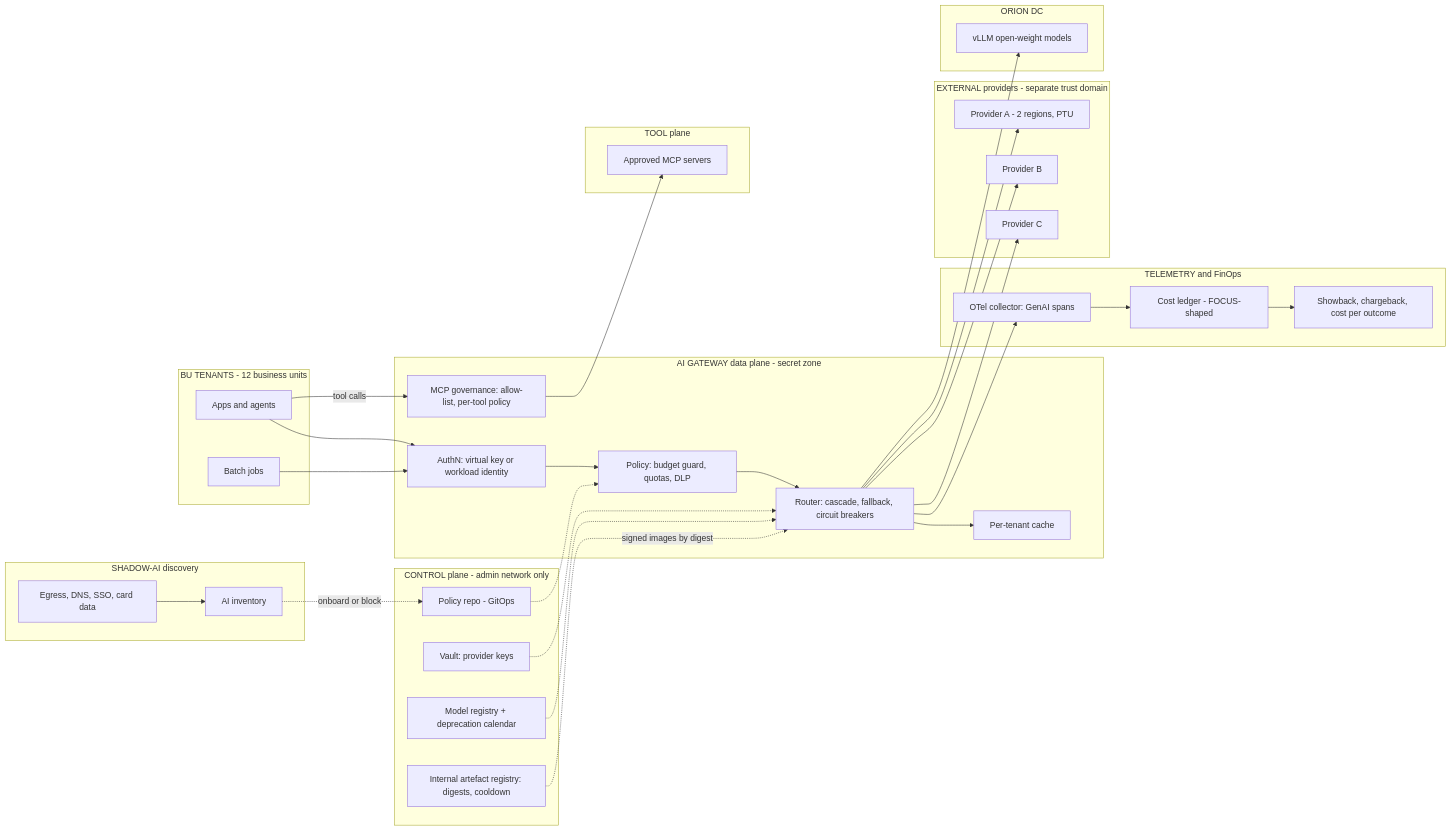
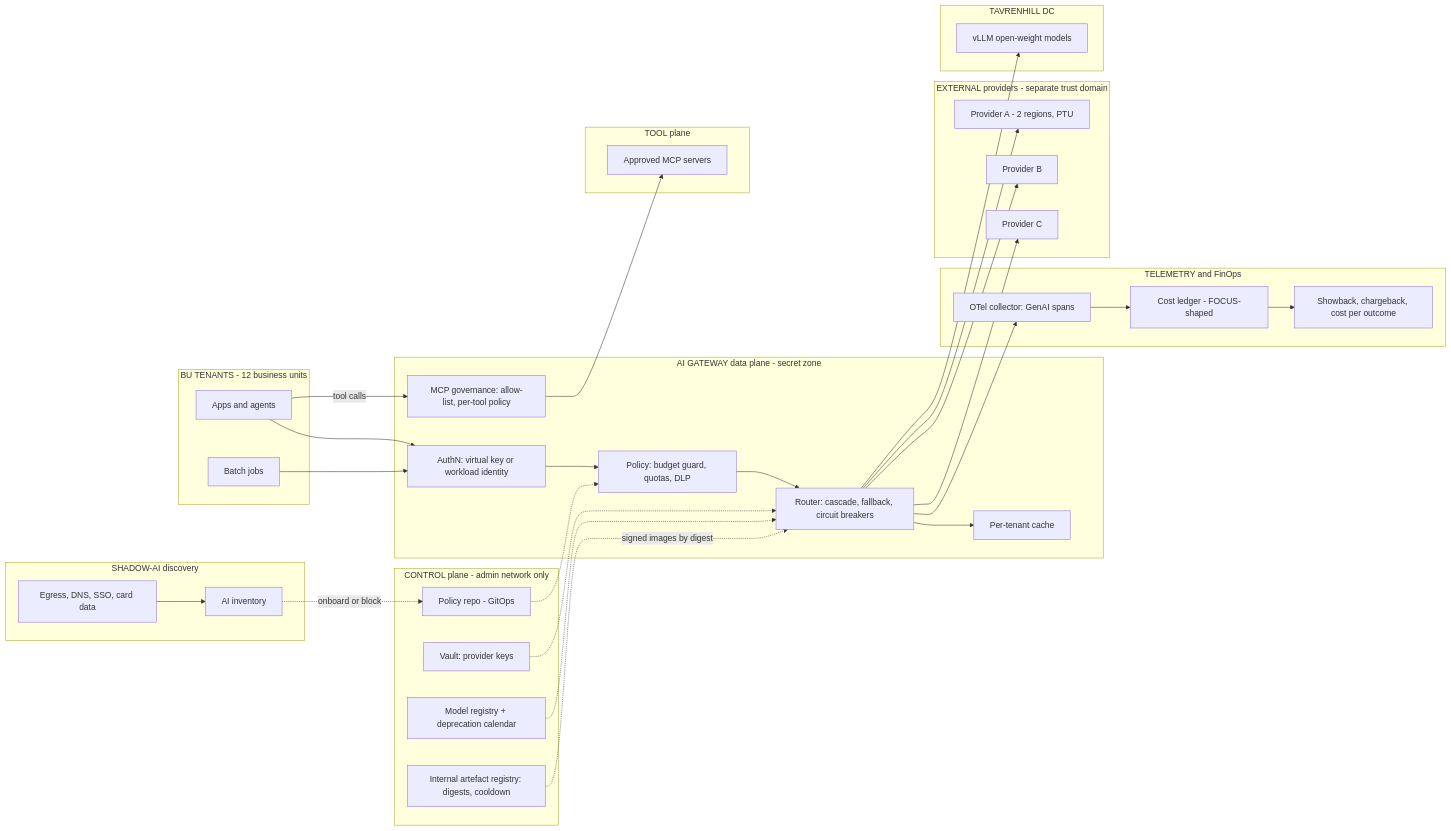
One commit to nagarjunak-pixel/02-autogpt-autonomous-agent changed the diagram in curriculum/projects/P12-enterprise-ai-gateway-finops-platform.md. Above: the diagram before and after it, drawn with Mermaid. The commit also changed other lines of this file and 1 other file, not shown here.

````diff
--- a/curriculum/projects/P12-enterprise-ai-gateway-finops-platform.md
+++ b/curriculum/projects/P12-enterprise-ai-gateway-finops-platform.md
@@ -144,56 +144,56 @@
 ```mermaid
 flowchart LR
   subgraph BU["BU TENANTS - 12 business units"]
     A1["Apps and agents"]
     A2["Batch jobs"]
   end
   subgraph GW["AI GATEWAY data plane - secret zone"]
     AU["AuthN: virtual key or workload identity"]
     PO["Policy: budget guard, quotas, DLP"]
     RT["Router: cascade, fallback, circuit breakers"]
     CA["Per-tenant cache"]
     MG["MCP governance: allow-list, per-tool policy"]
   end
   subgraph CP["CONTROL plane - admin network only"]
     KV["Vault: provider keys"]
     MR["Model registry + deprecation calendar"]
     PR["Policy repo - GitOps"]
     AR["Internal artefact registry: digests, cooldown"]
   end
   subgraph OBS["TELEMETRY and FinOps"]
     OT["OTel collector: GenAI spans"]
     LED["Cost ledger - FOCUS-shaped"]
     CB["Showback, chargeback, cost per outcome"]
   end
   subgraph EXT["EXTERNAL providers - separate trust domain"]
     P1["Provider A - 2 regions, PTU"]
     P2["Provider B"]
     P3["Provider C"]
   end
-  subgraph ONP["ORION DC"]
+  subgraph ONP["TAVRENHILL DC"]
     V["vLLM open-weight models"]
   end
   subgraph TL["TOOL plane"]
     M1["Approved MCP servers"]
   end
   subgraph DS["SHADOW-AI discovery"]
     EG["Egress, DNS, SSO, card data"]
     INV["AI inventory"]
   end
   A1 --> AU
   A2 --> AU
   AU --> PO --> RT
   RT --> CA
   RT --> P1
   RT --> P2
   RT --> P3
   RT --> V
   A1 -->|"tool calls"| MG --> M1
   KV -.-> RT
   MR -.-> RT
   PR -.-> PO
   AR -.->|"signed images by digest"| RT
   RT --> OT --> LED --> CB
   EG --> INV
   INV -.->|"onboard or block"| PR
 ```
````
